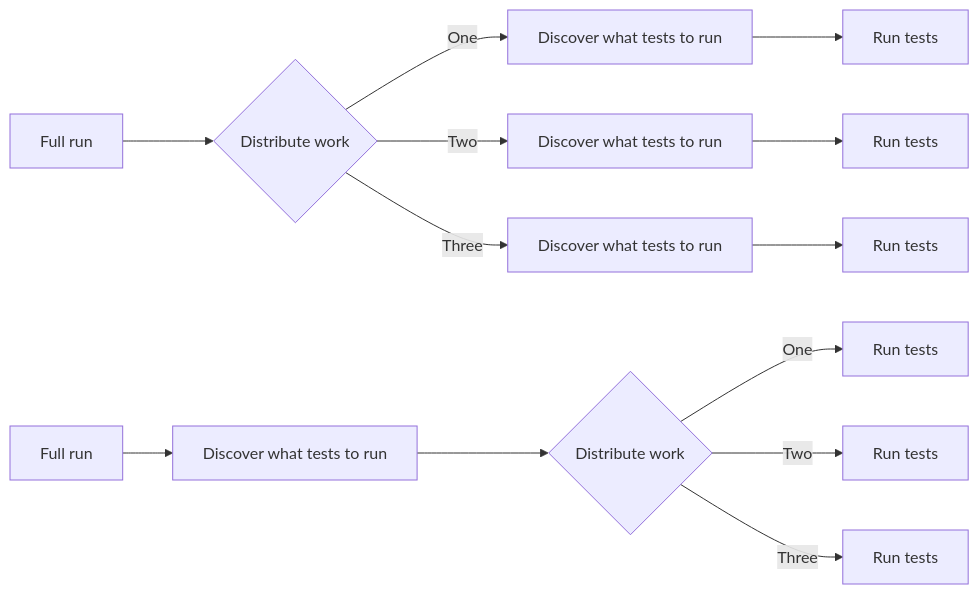
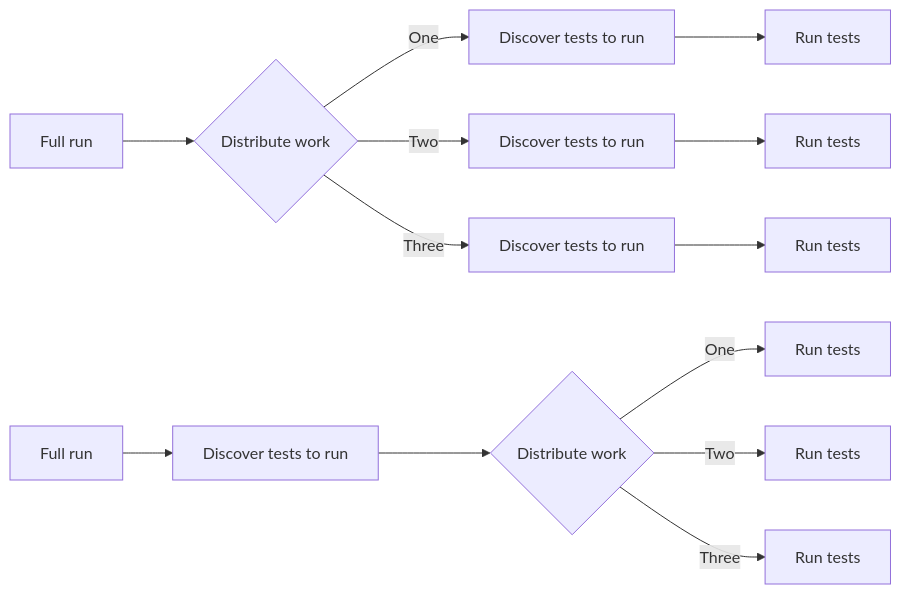
One commit to home-assistant/developers.home-assistant changed the diagram in blog/2024-05-09-improving-ci-test-execution.md. Above: the diagram before and after it, drawn with Mermaid.

````diff
--- a/blog/2024-05-09-improving-ci-test-execution.md
+++ b/blog/2024-05-09-improving-ci-test-execution.md
@@ -16,21 +16,22 @@
 ```mermaid
 flowchart LR
     A[Full run] --> R{Distribute work}
 
-    R -->|One| D[Discover what tests to run]
-    R -->|Two| E[Discover what tests to run]
-    R -->|Three| F[Discover what tests to run]
+    R -->|One| D[Discover tests to run]
+    R -->|Two| E[Discover tests to run]
+    R -->|Three| F[Discover tests to run]
 
     D --> D2[Run tests]
     E --> E2[Run tests]
     F --> F2[Run tests]
 
 
-    AN[Full run] --> RW[Discover what tests to run]
+    AN[Full run] --> RW[Discover tests to run]
 
     RW --> RN{Distribute work}
 
     RN -->|One| D2N[Run tests]
     RN -->|Two| E2N[Run tests]
     RN -->|Three| F2N[Run tests]
+
 ```
````
